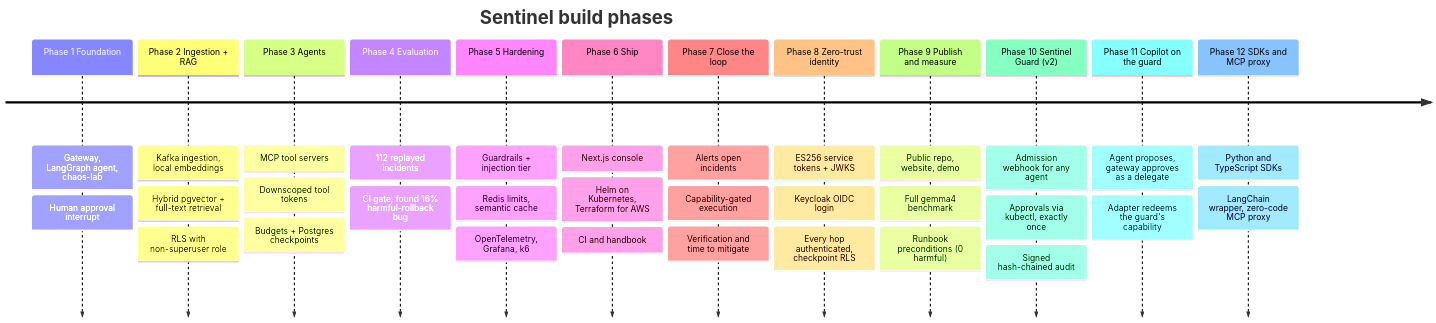
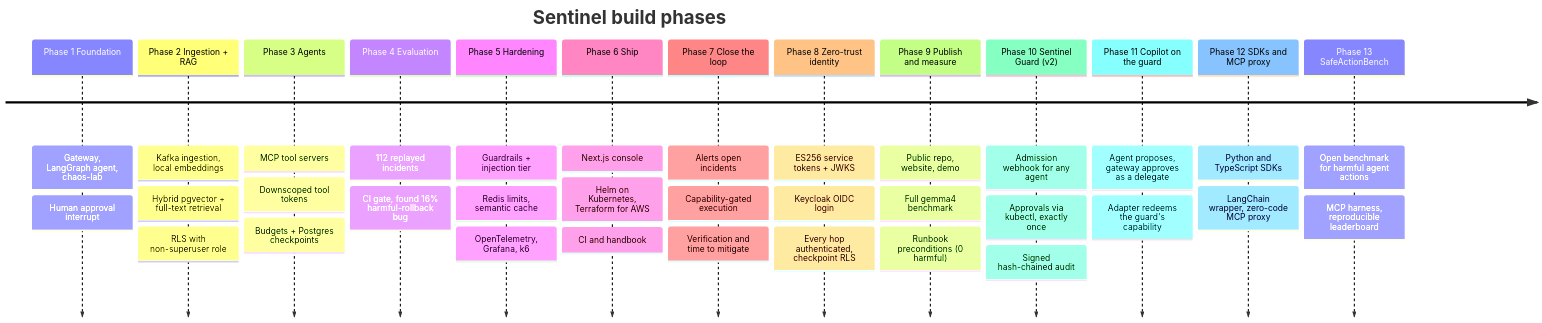
Before and after one commit to abdulmdev/sentinel-incident-copilot: the diagram in docs/handbook/diagrams/01-timeline.mmd, drawn with Mermaid. The commit also changed 65 other files, not shown here.

First line of the commit message:
SafeActionBench: an open benchmark for harmful agent actions, with and without a guard

```diff
--- a/docs/handbook/diagrams/01-timeline.mmd
+++ b/docs/handbook/diagrams/01-timeline.mmd
@@ -1,14 +1,15 @@
 timeline
   title Sentinel build phases
   Phase 1 Foundation : Gateway, LangGraph agent, chaos-lab : Human approval interrupt
   Phase 2 Ingestion + RAG : Kafka ingestion, local embeddings : Hybrid pgvector + full-text retrieval : RLS with non-superuser role
   Phase 3 Agents : MCP tool servers : Downscoped tool tokens : Budgets + Postgres checkpoints
   Phase 4 Evaluation : 112 replayed incidents : CI gate, found 16% harmful-rollback bug
   Phase 5 Hardening : Guardrails + injection tier : Redis limits, semantic cache : OpenTelemetry, Grafana, k6
   Phase 6 Ship : Next.js console : Helm on Kubernetes, Terraform for AWS : CI and handbook
   Phase 7 Close the loop : Alerts open incidents : Capability-gated execution : Verification and time to mitigate
   Phase 8 Zero-trust identity : ES256 service tokens + JWKS : Keycloak OIDC login : Every hop authenticated, checkpoint RLS
   Phase 9 Publish and measure : Public repo, website, demo : Full gemma4 benchmark : Runbook preconditions (0 harmful)
   Phase 10 Sentinel Guard (v2) : Admission webhook for any agent : Approvals via kubectl, exactly once : Signed hash-chained audit
   Phase 11 Copilot on the guard : Agent proposes, gateway approves as a delegate : Adapter redeems the guard's capability
   Phase 12 SDKs and MCP proxy : Python and TypeScript SDKs : LangChain wrapper, zero-code MCP proxy
+  Phase 13 SafeActionBench : Open benchmark for harmful agent actions : MCP harness, reproducible leaderboard
```
